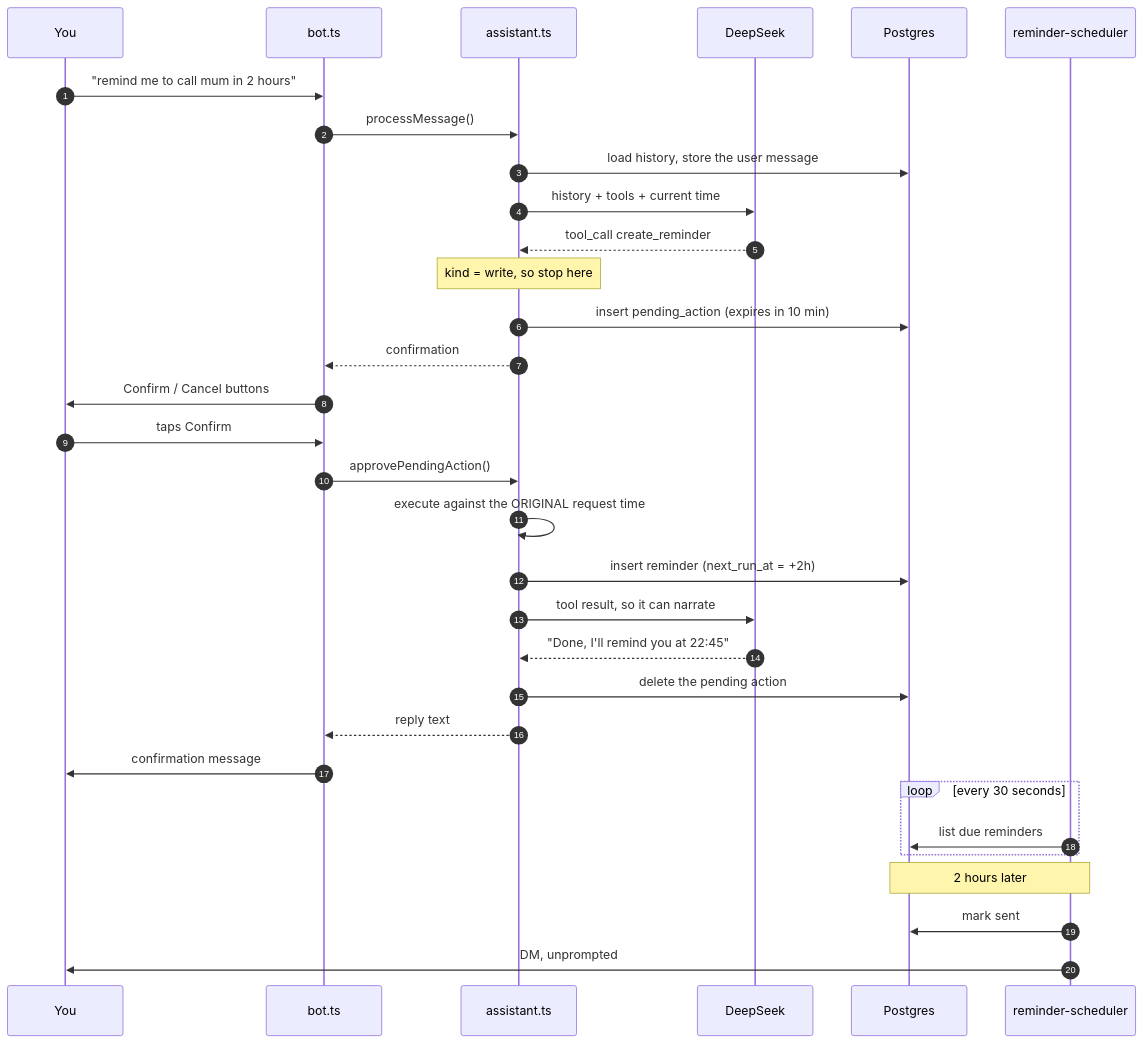
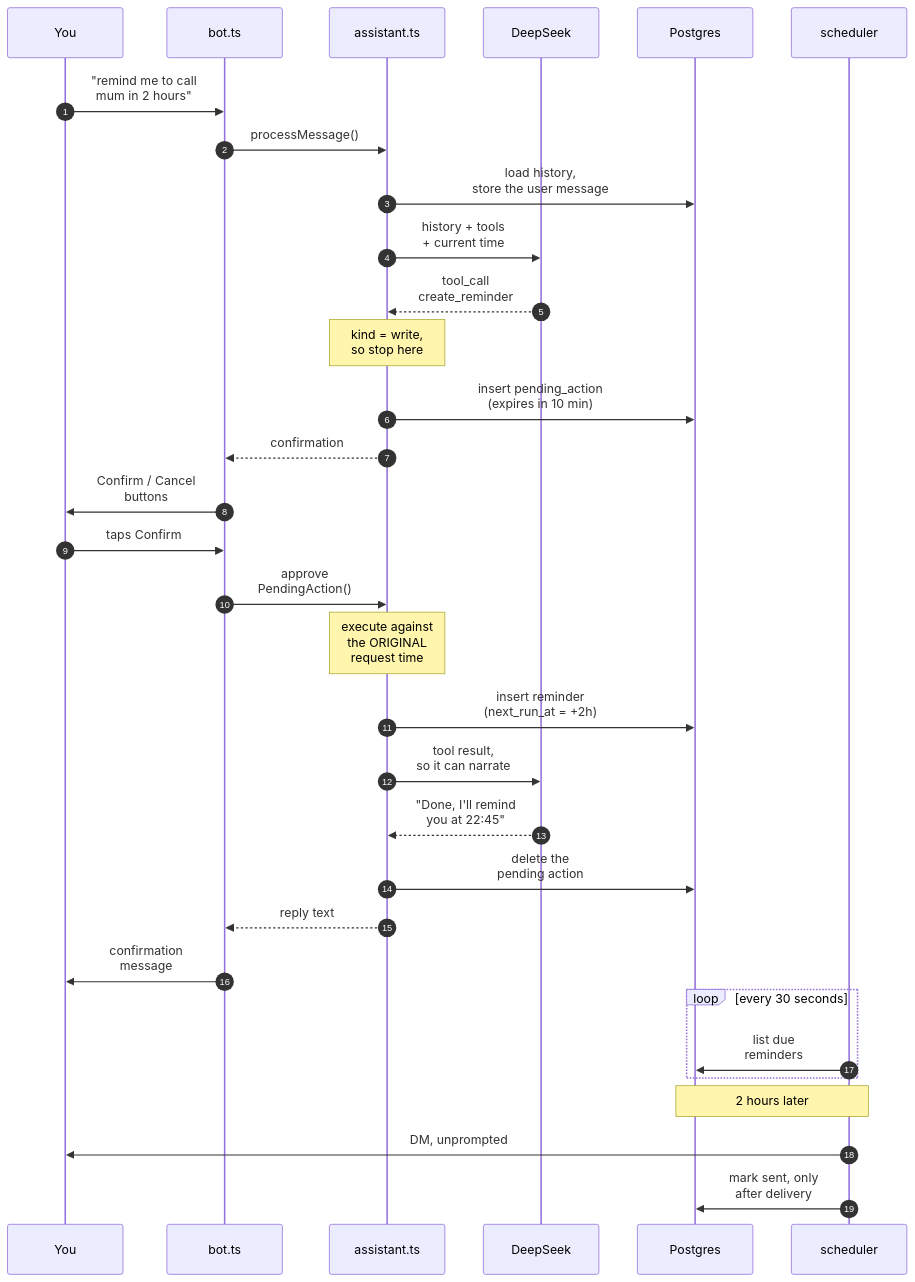
Diagram 11 of 11 in docs/architecture.md (e1010101/my-helper), drawn with Mermaid before and after one commit. The commit also changed other lines of this file and 9 other files, not shown here.

First line of the commit message:
docs: add GitNexus guidance and correct architecture gaps

````diff
--- a/docs/architecture.md
+++ b/docs/architecture.md
@@ -501,37 +475,37 @@
 ```mermaid
 sequenceDiagram
     autonumber
     participant U as You
     participant B as bot.ts
     participant A as assistant.ts
     participant M as DeepSeek
     participant D as Postgres
-    participant S as reminder-scheduler
+    participant S as scheduler
 
-    U->>B: "remind me to call mum in 2 hours"
+    U->>B: "remind me to call<br/>mum in 2 hours"
     B->>A: processMessage()
-    A->>D: load history, store the user message
-    A->>M: history + tools + current time
-    M-->>A: tool_call create_reminder
-    Note over A: kind = write, so stop here
-    A->>D: insert pending_action (expires in 10 min)
+    A->>D: load history,<br/>store the user message
+    A->>M: history + tools<br/>+ current time
+    M-->>A: tool_call<br/>create_reminder
+    Note over A: kind = write,<br/>so stop here
+    A->>D: insert pending_action<br/>(expires in 10 min)
     A-->>B: confirmation
-    B->>U: Confirm / Cancel buttons
+    B->>U: Confirm / Cancel<br/>buttons
 
     U->>B: taps Confirm
-    B->>A: approvePendingAction()
-    A->>A: execute against the ORIGINAL request time
-    A->>D: insert reminder (next_run_at = +2h)
-    A->>M: tool result, so it can narrate
-    M-->>A: "Done, I'll remind you at 22:45"
-    A->>D: delete the pending action
+    B->>A: approve<br/>PendingAction()
+    Note over A: execute against<br/>the ORIGINAL<br/>request time
+    A->>D: insert reminder<br/>(next_run_at = +2h)
+    A->>M: tool result,<br/>so it can narrate
+    M-->>A: "Done, I'll remind<br/>you at 22:45"
+    A->>D: delete the<br/>pending action
     A-->>B: reply text
-    B->>U: confirmation message
+    B->>U: confirmation<br/>message
 
     loop every 30 seconds
-        S->>D: list due reminders
+        S->>D: list due<br/>reminders
     end
     Note over S,D: 2 hours later
-    S->>D: mark sent
     S->>U: DM, unprompted
+    S->>D: mark sent, only<br/>after delivery
 ```
````
